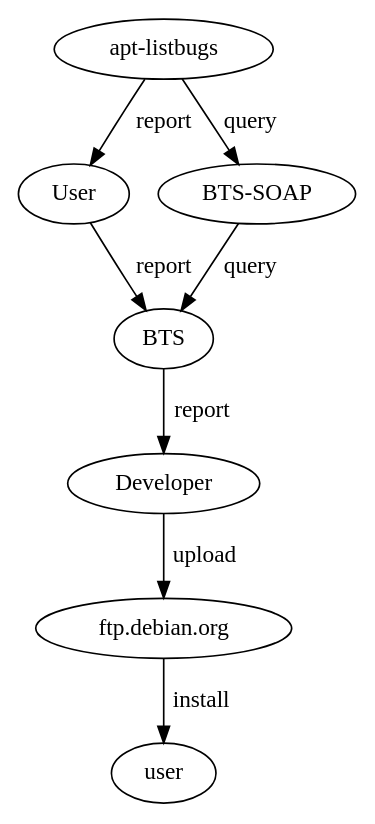
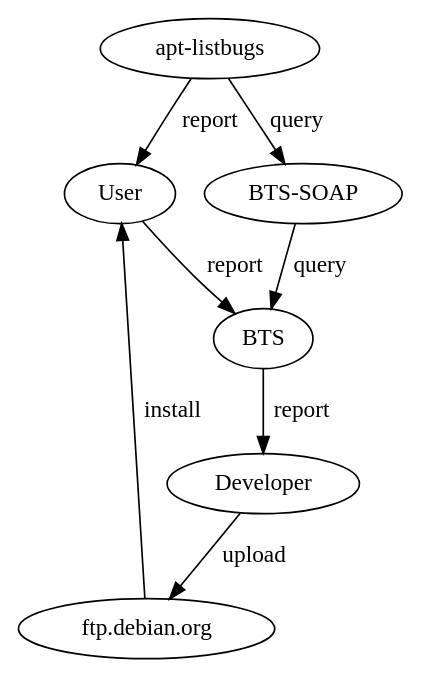
Before and after one commit to dancerj/monthly-report: the diagram in image200611/bugstruct.dot, drawn with Graphviz. The commit also changed 3 other files, not shown here.

```diff
--- a/image200611/bugstruct.dot
+++ b/image200611/bugstruct.dot
@@ -1,10 +1,10 @@
 //dot -T ps < bugstruct.dot > bugstruct.eps
 digraph structure {
 "User" -> "BTS" [label="report"];
 "BTS" -> "Developer" [label="report"];
 "Developer" -> "ftp.debian.org" [label="upload"];
-"ftp.debian.org" -> "user" [label="install"];
+"ftp.debian.org" -> "User" [label="install"];
 "apt-listbugs" -> "BTS-SOAP" [label="query"]
 "BTS-SOAP" -> "BTS" [label="query"]
 "apt-listbugs" -> "User" [label="report"]
 }
```
